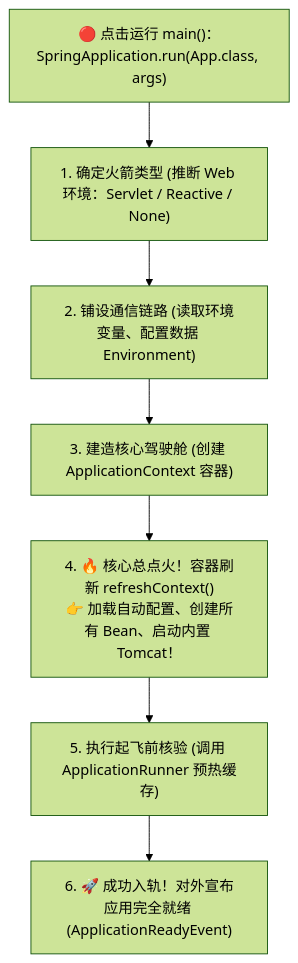
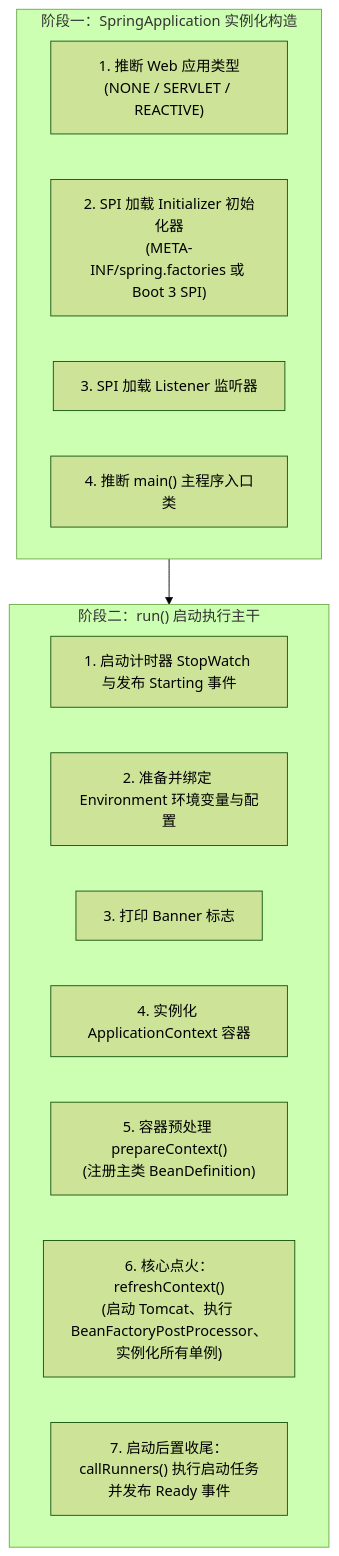
The first of 4 diagrams in 20-Java后端/04-Spring生态/10-SpringBoot启动流程.md (GuoWWWX/knowledge-base), drawn with Mermaid (forest theme) before and after one commit. The commit also changed other lines of this file and 1 other file, not shown here.

Commit message:
docs(spring): 深度重构 Spring Boot 启动流程与生产运维 Actuator（补齐7大启动事件、Tomcat延迟开端口、K8s探针与无损停机）

````diff
--- a/20-Java后端/04-Spring生态/10-SpringBoot启动流程.md
+++ b/20-Java后端/04-Spring生态/10-SpringBoot启动流程.md
@@ -24,9 +22,21 @@
 ```mermaid
 flowchart TD
-    Button["🔴 点击运行 main()：SpringApplication.run(App.class, args)"] --> S1["1. 确定火箭类型 (推断 Web 环境：Servlet / Reactive / None)"]
-    S1 --> S2["2. 铺设通信链路 (读取环境变量、配置数据 Environment)"]
-    S2 --> S3["3. 建造核心驾驶舱 (创建 ApplicationContext 容器)"]
-    S3 --> S4["4. 🔥 核心总点火！容器刷新 refreshContext()<br/>👉 加载自动配置、创建所有 Bean、启动内置 Tomcat！"]
-    S4 --> S5["5. 执行起飞前核验 (调用 ApplicationRunner 预热缓存)"]
-    S5 --> S6["6. 🚀 成功入轨！对外宣布应用完全就绪 (ApplicationReadyEvent)"]
+    subgraph Phase1["阶段一：SpringApplication 实例化构造"]
+        P1_1["1. 推断 Web 应用类型<br/>(NONE / SERVLET / REACTIVE)"]
+        P1_2["2. SPI 加载 Initializer 初始化器<br/>(META-INF/spring.factories 或 Boot 3 SPI)"]
+        P1_3["3. SPI 加载 Listener 监听器"]
+        P1_4["4. 推断 main() 主程序入口类"]
+    end
+
+    subgraph Phase2["阶段二：run() 启动执行主干"]
+        P2_1["1. 启动计时器 StopWatch 与发布 Starting 事件"]
+        P2_2["2. 准备并绑定 Environment 环境变量与配置"]
+        P2_3["3. 打印 Banner 标志"]
+        P2_4["4. 实例化 ApplicationContext 容器"]
+        P2_5["5. 容器预处理 prepareContext()<br/>(注册主类 BeanDefinition)"]
+        P2_6["6. 核心点火：refreshContext()<br/>(启动 Tomcat、执行 BeanFactoryPostProcessor、实例化所有单例)"]
+        P2_7["7. 启动后置收尾：callRunners() 执行启动任务并发布 Ready 事件"]
+    end
+
+    Phase1 --> Phase2
 ```
````
